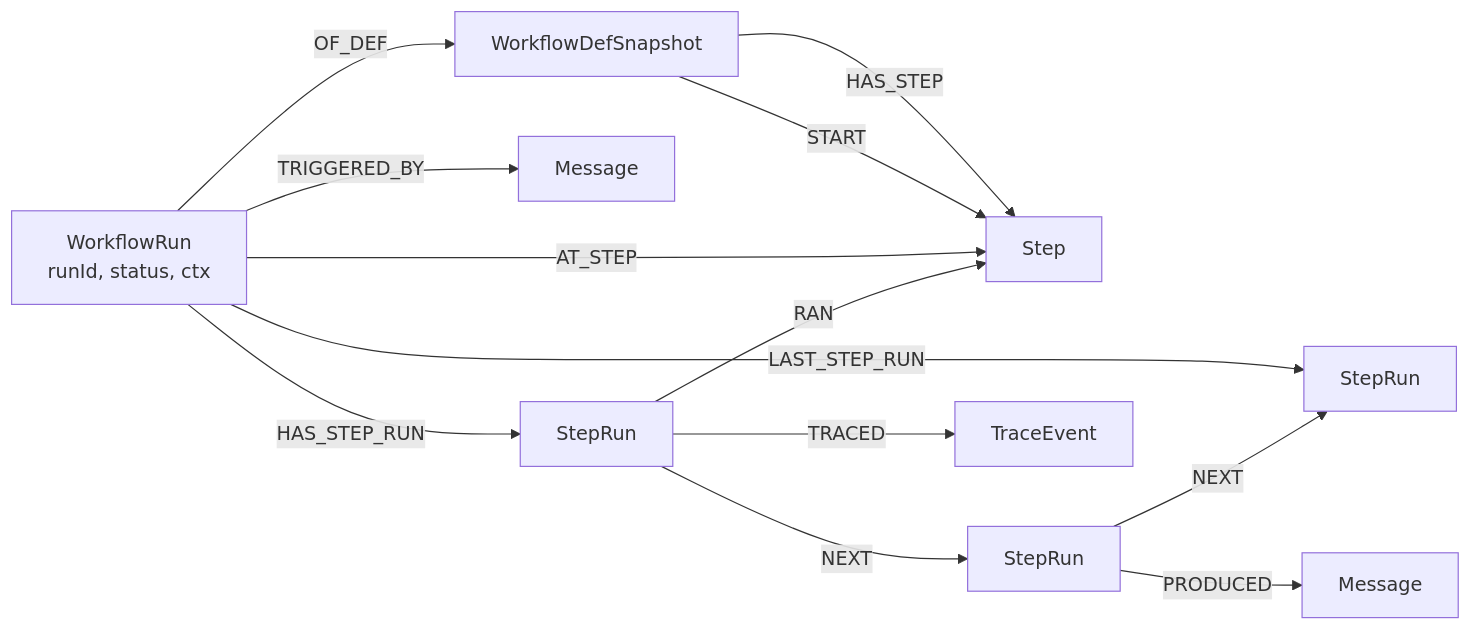
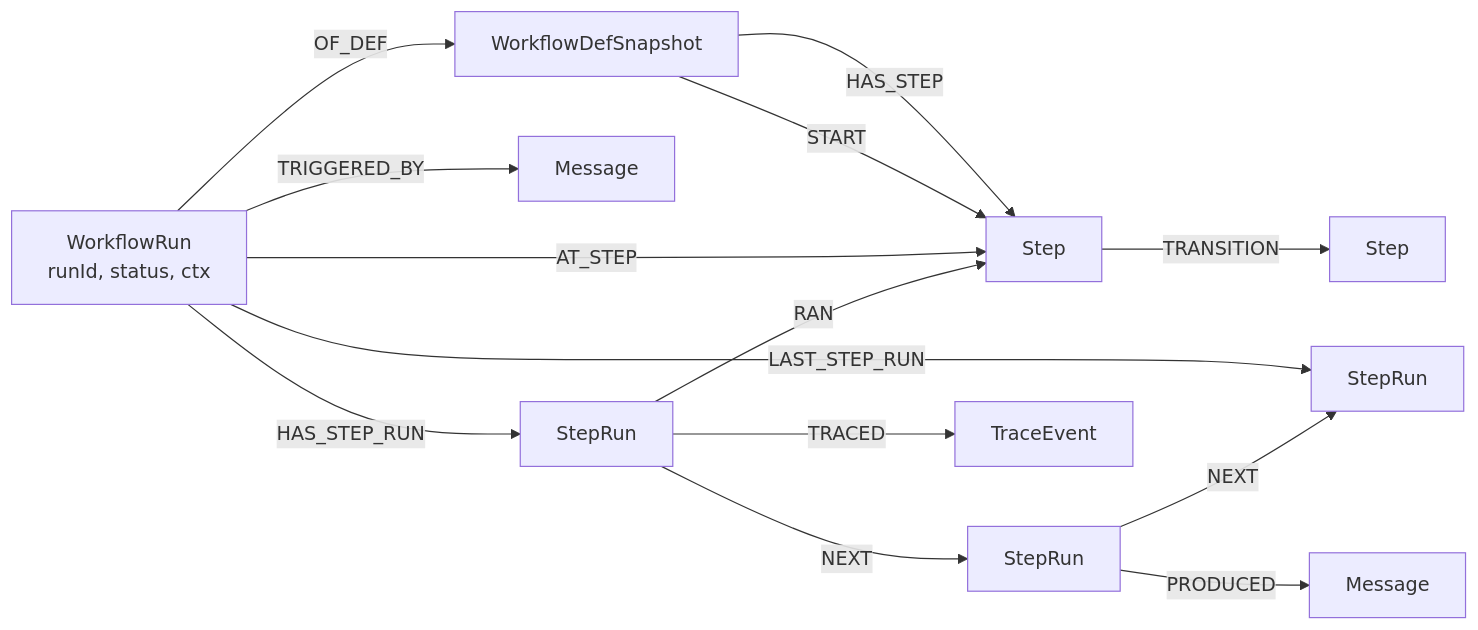
The sixth of 6 diagrams in docs/manuals/graph-ontology.md (mauriciobs666/graphmind-ai-lab), drawn with Mermaid before and after one commit. The commit also changed other lines of this file, not shown here.

First line of the commit message:
docs(manuals): fix graph-ontology QA findings — missing TRANSITION edge, WorkspaceConfig overclaim

````diff
--- a/docs/manuals/graph-ontology.md
+++ b/docs/manuals/graph-ontology.md
@@ -406,15 +407,16 @@
 ```mermaid
 flowchart LR
     WDS["WorkflowDefSnapshot"] -->|HAS_STEP| ST["Step"]
     WDS -->|START| ST
+    ST -->|TRANSITION| ST2["Step"]
     WR["WorkflowRun<br/>runId, status, ctx"] -->|OF_DEF| WDS
     WR -->|AT_STEP| ST
     WR -->|TRIGGERED_BY| MSG["Message"]
     WR -->|HAS_STEP_RUN| SR1["StepRun"]
     WR -->|LAST_STEP_RUN| SR3["StepRun"]
     SR1 -->|RAN| ST
     SR1 -->|NEXT| SR2["StepRun"]
     SR2 -->|NEXT| SR3
     SR2 -->|PRODUCED| MSG2["Message"]
     SR1 -->|TRACED| TE["TraceEvent"]
 ```
````
